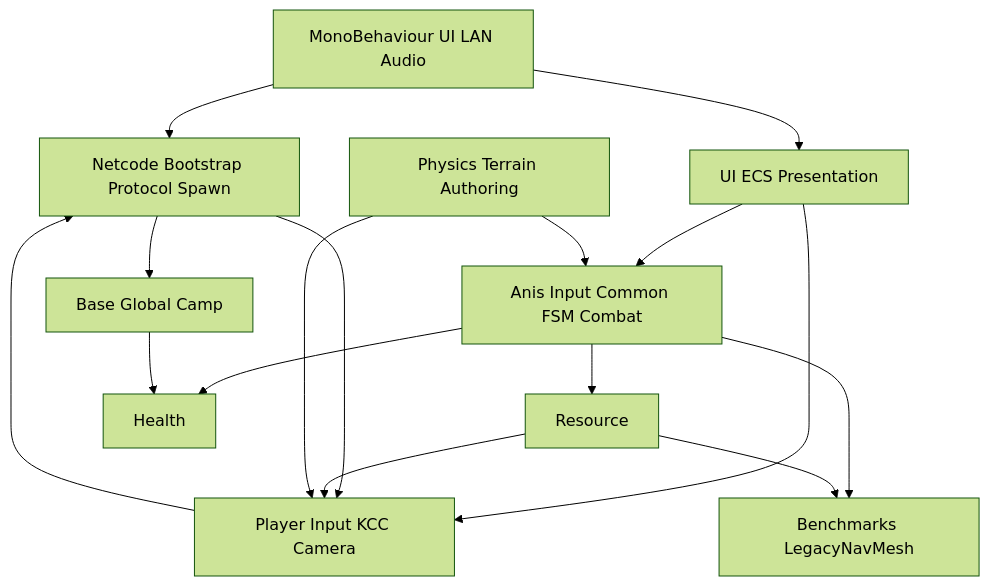
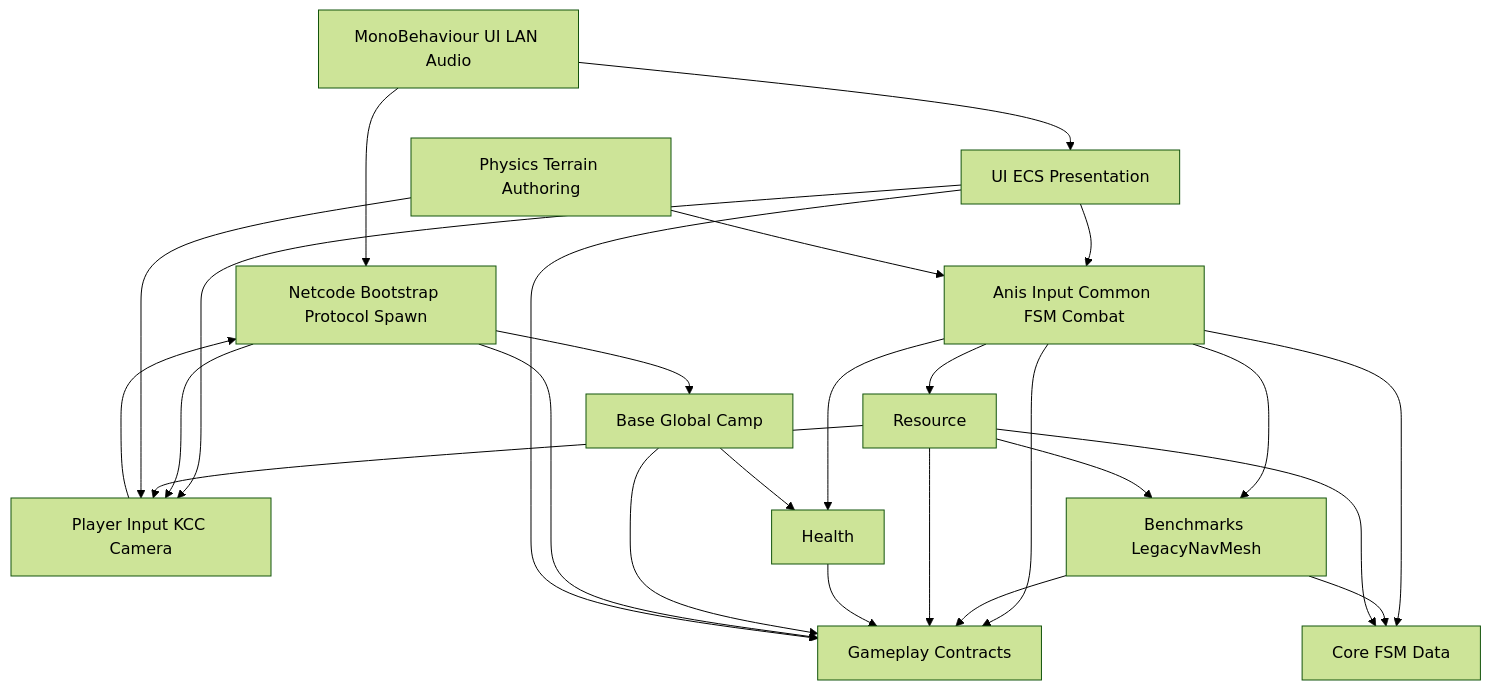
One commit to mcaswen/AnimarsCatcher changed the diagram in docs/Architecture/01_ModuleMap.md. Above: the diagram before and after it, drawn with Mermaid (forest theme). The commit also changed other lines of this file and 136 other files, not shown here.

````diff
--- a/docs/Architecture/01_ModuleMap.md
+++ b/docs/Architecture/01_ModuleMap.md
@@ -56,29 +61,41 @@
 ```mermaid
 flowchart TD
     Mono[MonoBehaviour UI LAN Audio]
     UI[UI ECS Presentation]
     Net[Netcode Bootstrap Protocol Spawn]
     Player[Player Input KCC Camera]
     Ani[Anis Input Common FSM Combat]
     Legacy[Benchmarks LegacyNavMesh]
     Resource[Resource]
     Health[Health]
     Base[Base Global Camp]
     Physics[Physics Terrain Authoring]
+    Core[Core FSM Data]
+    Contracts[Gameplay Contracts]
 
     Mono --> Net
     Mono --> UI
     UI --> Player
     UI --> Ani
     Net --> Player
     Net --> Base
     Player --> Net
     Ani --> Legacy
     Ani --> Health
     Ani --> Resource
     Resource --> Legacy
     Resource --> Player
     Base --> Health
     Physics --> Ani
     Physics --> Player
+    Ani --> Core
+    Ani --> Contracts
+    Legacy --> Core
+    Legacy --> Contracts
+    Resource --> Core
+    Resource --> Contracts
+    Health --> Contracts
+    Base --> Contracts
+    Net --> Contracts
+    UI --> Contracts
 ```
````
